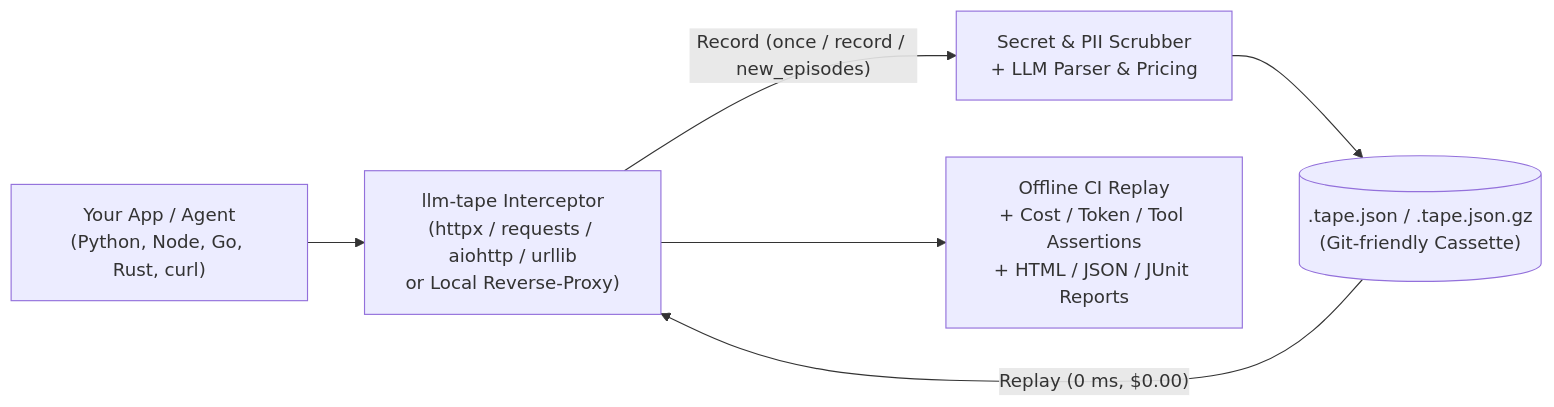
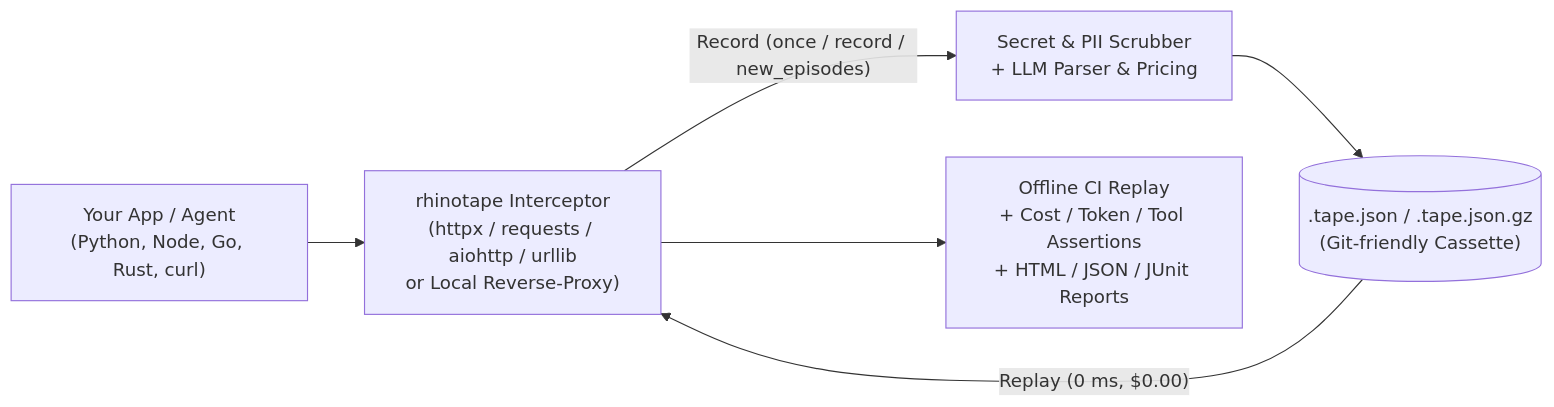
Before and after one commit to Hoaiduc195/rhinotape: the diagram in README.md, drawn with Mermaid. The commit also changed other lines of this file and 101 other files, not shown here.

````diff
--- a/README.md
+++ b/README.md
@@ -39,13 +39,13 @@
 ```mermaid
 flowchart LR
     App["Your App / Agent\n(Python, Node, Go, Rust, curl)"]
-    Intercept["llm-tape Interceptor\n(httpx / requests / aiohttp / urllib\nor Local Reverse-Proxy)"]
+    Intercept["rhinotape Interceptor\n(httpx / requests / aiohttp / urllib\nor Local Reverse-Proxy)"]
     Scrub["Secret & PII Scrubber\n+ LLM Parser & Pricing"]
     Tape[(".tape.json / .tape.json.gz\n(Git-friendly Cassette)")]
     Verify["Offline CI Replay\n+ Cost / Token / Tool Assertions\n+ HTML / JSON / JUnit Reports"]
 
     App --> Intercept
     Intercept -- "Record (once / record / new_episodes)" --> Scrub --> Tape
     Tape -- "Replay (0 ms, $0.00)" --> Intercept
     Intercept --> Verify
 ```
````
